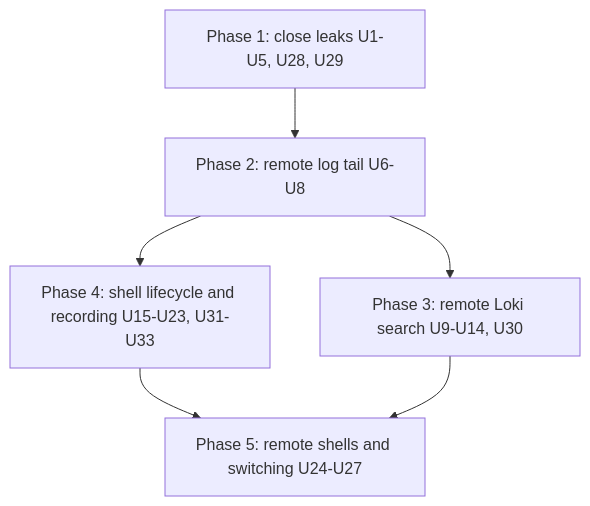
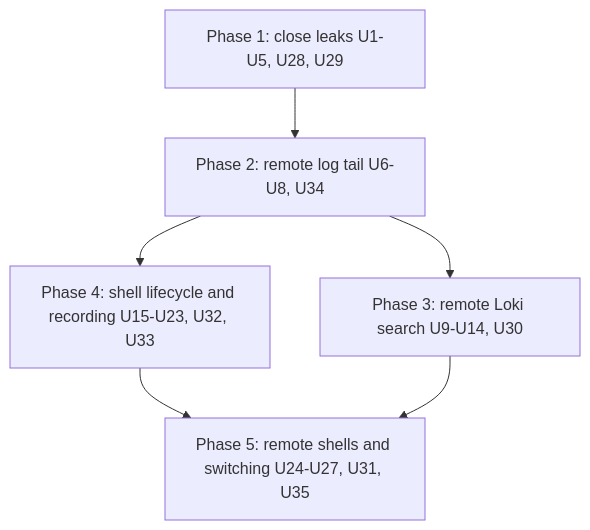
One commit to maulepilot117/k8sCenter changed the fourth of 4 diagrams in docs/plans/2026-10-22-2026-feat-remote-logs-and-shells-plan.md. Above: the diagram before and after it, drawn with Mermaid. The commit also changed other lines of this file, not shown here.

First line of the commit message:
docs(plans): fix cross-references, sequencing and file caps in the remote logs and shells plan

````diff
--- a/docs/plans/2026-10-22-2026-feat-remote-logs-and-shells-plan.md
+++ b/docs/plans/2026-10-22-2026-feat-remote-logs-and-shells-plan.md
@@ -350,8 +350,8 @@
 ```mermaid
 flowchart TB
-  P1[Phase 1: close leaks U1-U5, U28, U29] --> P2[Phase 2: remote log tail U6-U8]
+  P1[Phase 1: close leaks U1-U5, U28, U29] --> P2[Phase 2: remote log tail U6-U8, U34]
   P2 --> P3[Phase 3: remote Loki search U9-U14, U30]
-  P2 --> P4[Phase 4: shell lifecycle and recording U15-U23, U31-U33]
-  P4 --> P5[Phase 5: remote shells and switching U24-U27]
+  P2 --> P4[Phase 4: shell lifecycle and recording U15-U23, U32, U33]
+  P4 --> P5[Phase 5: remote shells and switching U24-U27, U31, U35]
   P3 --> P5
 ```
````
